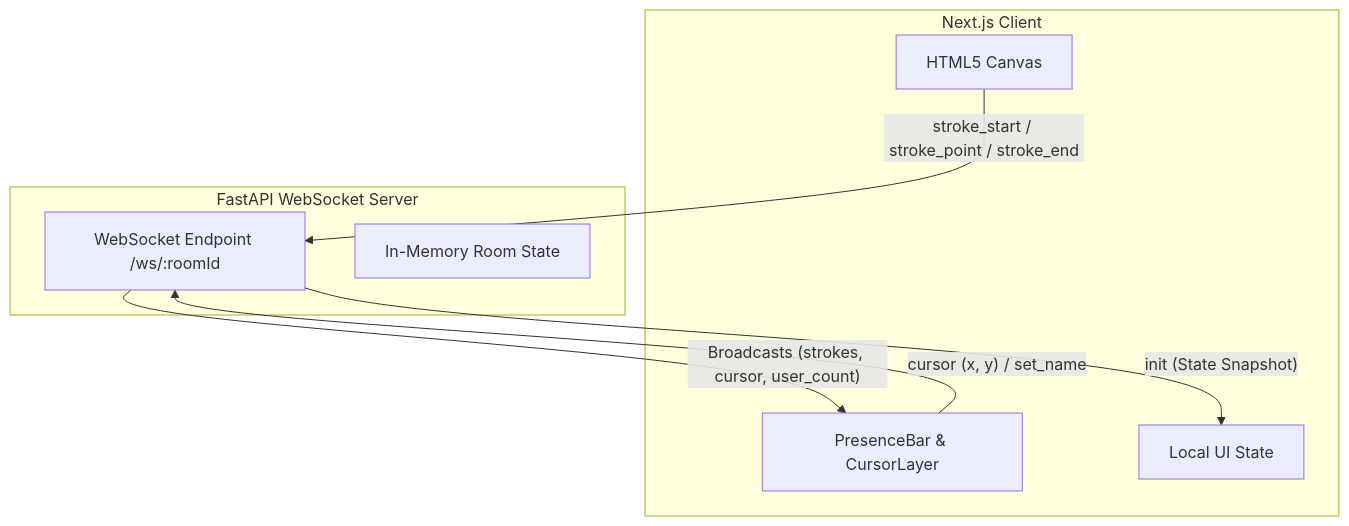
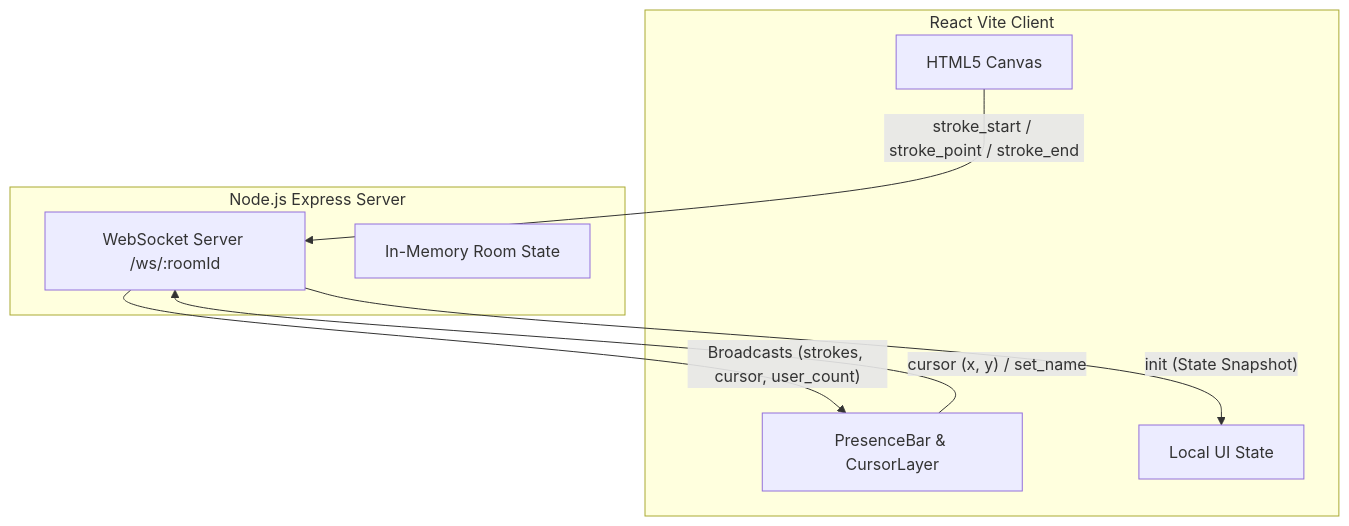
The diagram in README.md (hitendra-3/Sketch.io), drawn with Mermaid before and after one commit. The commit also changed other lines of this file and 27 other files, not shown here.

````diff
--- a/README.md
+++ b/README.md
@@ -9,18 +9,18 @@
 ```mermaid
 graph TD
-    subgraph Frontend [Next.js Client]
+    subgraph Frontend [React Vite Client]
         Canvas[HTML5 Canvas]
         Presence[PresenceBar & CursorLayer]
         State[Local UI State]
     end
 
-    subgraph Backend [FastAPI WebSocket Server]
-        WS[WebSocket Endpoint /ws/:roomId]
+    subgraph Backend [Node.js Express Server]
+        WS[WebSocket Server /ws/:roomId]
         Mem[In-Memory Room State]
     end
 
     Canvas -- "stroke_start / stroke_point / stroke_end" --> WS
     Presence -- "cursor (x, y) / set_name" --> WS
     WS -- "init (State Snapshot)" --> State
     WS -- "Broadcasts (strokes, cursor, user_count)" --> Presence
 ```
````
